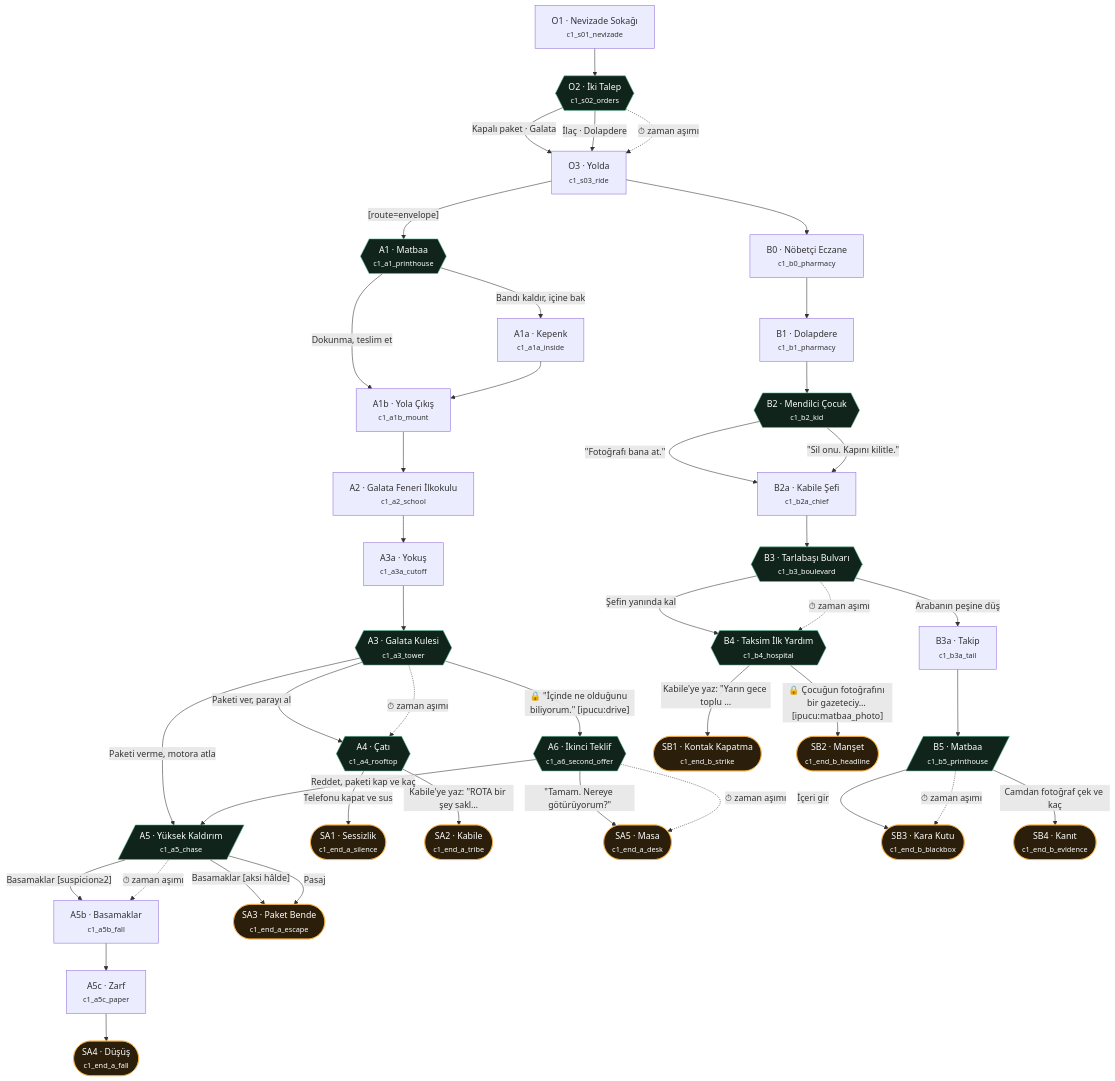
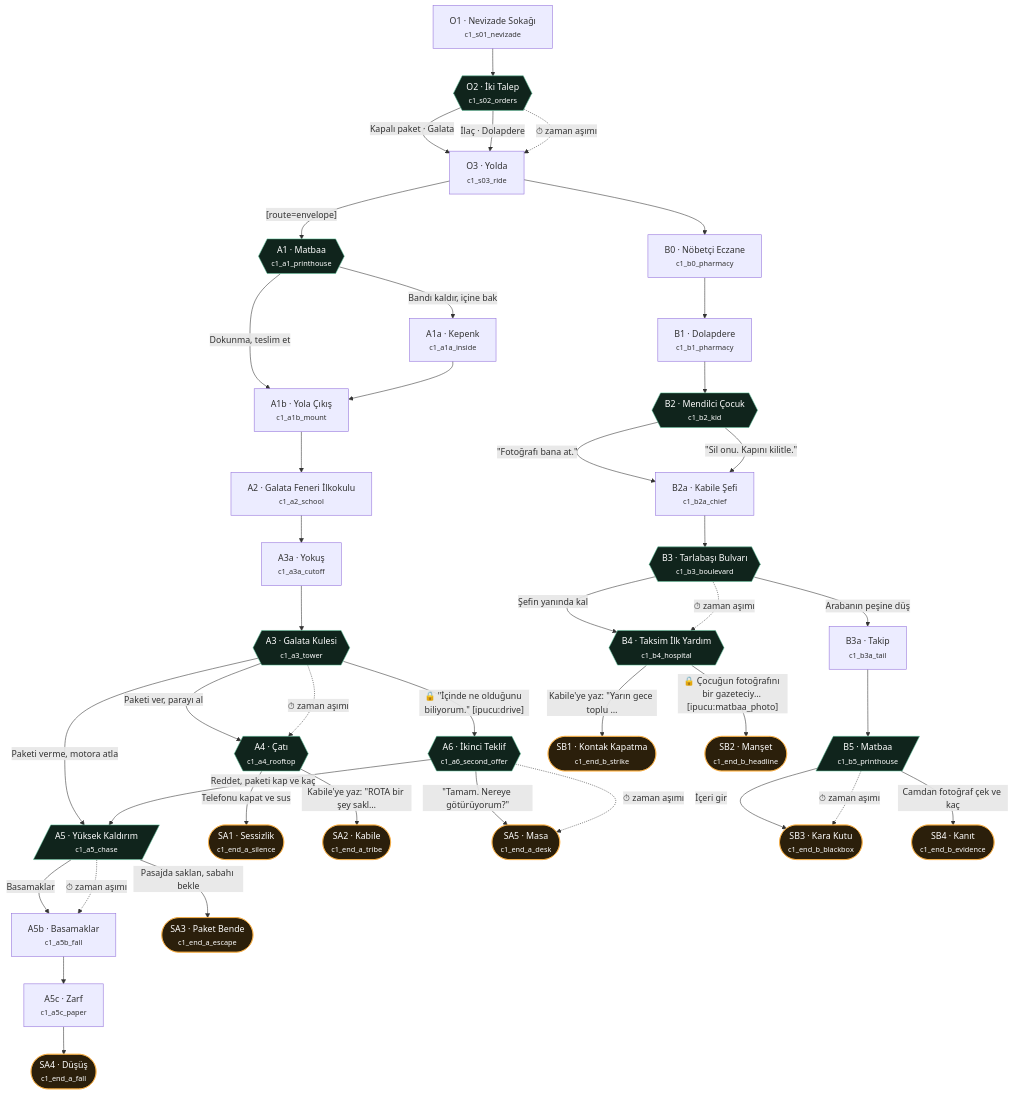
The diagram in docs/story-flow.md (grafikerkafasi/cico), drawn with Mermaid before and after one commit. The commit also changed other lines of this file and 8 other files, not shown here.

Commit message:
Basamaklar her zaman düşüş, pasaj sabaha kadar saklanma; grev metni; özet ve anmada görsel kararır

````diff
--- a/docs/story-flow.md
+++ b/docs/story-flow.md
@@ -66,79 +66,78 @@
 ```mermaid
 flowchart TD
   c1_s01_nevizade["O1 · Nevizade Sokağı<br/><small>c1_s01_nevizade</small>"]
   c1_s02_orders{{"O2 · İki Talep<br/><small>c1_s02_orders</small>"}}
   c1_s03_ride["O3 · Yolda<br/><small>c1_s03_ride</small>"]
   c1_a1_printhouse{{"A1 · Matbaa<br/><small>c1_a1_printhouse</small>"}}
   c1_a1a_inside["A1a · Kepenk<br/><small>c1_a1a_inside</small>"]
   c1_a1b_mount["A1b · Yola Çıkış<br/><small>c1_a1b_mount</small>"]
   c1_a2_school["A2 · Galata Feneri İlkokulu<br/><small>c1_a2_school</small>"]
   c1_a3a_cutoff["A3a · Yokuş<br/><small>c1_a3a_cutoff</small>"]
   c1_a3_tower{{"A3 · Galata Kulesi<br/><small>c1_a3_tower</small>"}}
   c1_a4_rooftop{{"A4 · Çatı<br/><small>c1_a4_rooftop</small>"}}
   c1_a5_chase[/"A5 · Yüksek Kaldırım<br/><small>c1_a5_chase</small>"/]
   c1_a5b_fall["A5b · Basamaklar<br/><small>c1_a5b_fall</small>"]
   c1_a5c_paper["A5c · Zarf<br/><small>c1_a5c_paper</small>"]
   c1_a6_second_offer{{"A6 · İkinci Teklif<br/><small>c1_a6_second_offer</small>"}}
   c1_b0_pharmacy["B0 · Nöbetçi Eczane<br/><small>c1_b0_pharmacy</small>"]
   c1_b1_pharmacy["B1 · Dolapdere<br/><small>c1_b1_pharmacy</small>"]
   c1_b2_kid{{"B2 · Mendilci Çocuk<br/><small>c1_b2_kid</small>"}}
   c1_b2a_chief["B2a · Kabile Şefi<br/><small>c1_b2a_chief</small>"]
   c1_b3_boulevard{{"B3 · Tarlabaşı Bulvarı<br/><small>c1_b3_boulevard</small>"}}
   c1_b3a_tail["B3a · Takip<br/><small>c1_b3a_tail</small>"]
   c1_b4_hospital{{"B4 · Taksim İlk Yardım<br/><small>c1_b4_hospital</small>"}}
   c1_b5_printhouse[/"B5 · Matbaa<br/><small>c1_b5_printhouse</small>"/]
   c1_end_a_silence(["SA1 · Sessizlik<br/><small>c1_end_a_silence</small>"])
   c1_end_a_tribe(["SA2 · Kabile<br/><small>c1_end_a_tribe</small>"])
   c1_end_a_escape(["SA3 · Paket Bende<br/><small>c1_end_a_escape</small>"])
   c1_end_a_fall(["SA4 · Düşüş<br/><small>c1_end_a_fall</small>"])
   c1_end_a_desk(["SA5 · Masa<br/><small>c1_end_a_desk</small>"])
   c1_end_b_strike(["SB1 · Kontak Kapatma<br/><small>c1_end_b_strike</small>"])
   c1_end_b_headline(["SB2 · Manşet<br/><small>c1_end_b_headline</small>"])
   c1_end_b_blackbox(["SB3 · Kara Kutu<br/><small>c1_end_b_blackbox</small>"])
   c1_end_b_evidence(["SB4 · Kanıt<br/><small>c1_end_b_evidence</small>"])
   c1_s01_nevizade --> c1_s02_orders
   c1_s02_orders -->|"Kapalı paket · Galata"| c1_s03_ride
   c1_s02_orders -->|"İlaç · Dolapdere"| c1_s03_ride
   c1_s02_orders -.->|"⏱ zaman aşımı"| c1_s03_ride
   c1_s03_ride -->|" [route=envelope]"| c1_a1_printhouse
   c1_s03_ride --> c1_b0_pharmacy
   c1_a1_printhouse -->|"Bandı kaldır, içine bak"| c1_a1a_inside
   c1_a1_printhouse -->|"Dokunma, teslim et"| c1_a1b_mount
   c1_a1a_inside --> c1_a1b_mount
   c1_a1b_mount --> c1_a2_school
   c1_a2_school --> c1_a3a_cutoff
   c1_a3a_cutoff --> c1_a3_tower
   c1_a3_tower -->|"Paketi ver, parayı al"| c1_a4_rooftop
   c1_a3_tower -->|"Paketi verme, motora atla"| c1_a5_chase
   c1_a3_tower -->|"🔒 #quot;İçinde ne olduğunu biliyorum.#quot; [ipucu:drive]"| c1_a6_second_offer
   c1_a3_tower -.->|"⏱ zaman aşımı"| c1_a4_rooftop
   c1_a4_rooftop -->|"Kabile'ye yaz: #quot;ROTA bir şey sakl…"| c1_end_a_tribe
   c1_a4_rooftop -->|"Telefonu kapat ve sus"| c1_end_a_silence
-  c1_a5_chase -->|"Basamaklar [suspicion≥2]"| c1_a5b_fall
-  c1_a5_chase -->|"Basamaklar [aksi hâlde]"| c1_end_a_escape
-  c1_a5_chase -->|"Pasaj"| c1_end_a_escape
+  c1_a5_chase -->|"Basamaklar"| c1_a5b_fall
+  c1_a5_chase -->|"Pasajda saklan, sabahı bekle"| c1_end_a_escape
   c1_a5_chase -.->|"⏱ zaman aşımı"| c1_a5b_fall
   c1_a5b_fall --> c1_a5c_paper
   c1_a5c_paper --> c1_end_a_fall
   c1_a6_second_offer -->|"#quot;Tamam. Nereye götürüyorum?#quot;"| c1_end_a_desk
   c1_a6_second_offer -->|"Reddet, paketi kap ve kaç"| c1_a5_chase
   c1_a6_second_offer -.->|"⏱ zaman aşımı"| c1_end_a_desk
   c1_b0_pharmacy --> c1_b1_pharmacy
   c1_b1_pharmacy --> c1_b2_kid
   c1_b2_kid -->|"#quot;Fotoğrafı bana at.#quot;"| c1_b2a_chief
   c1_b2_kid -->|"#quot;Sil onu. Kapını kilitle.#quot;"| c1_b2a_chief
   c1_b2a_chief --> c1_b3_boulevard
   c1_b3_boulevard -->|"Şefin yanında kal"| c1_b4_hospital
   c1_b3_boulevard -->|"Arabanın peşine düş"| c1_b3a_tail
   c1_b3_boulevard -.->|"⏱ zaman aşımı"| c1_b4_hospital
   c1_b3a_tail --> c1_b5_printhouse
   c1_b4_hospital -->|"Kabile'ye yaz: #quot;Yarın gece toplu …"| c1_end_b_strike
   c1_b4_hospital -->|"🔒 Çocuğun fotoğrafını bir gazeteciy… [ipucu:matbaa_photo]"| c1_end_b_headline
   c1_b5_printhouse -->|"İçeri gir"| c1_end_b_blackbox
   c1_b5_printhouse -->|"Camdan fotoğraf çek ve kaç"| c1_end_b_evidence
   c1_b5_printhouse -.->|"⏱ zaman aşımı"| c1_end_b_blackbox
   classDef ending fill:#2b1f0b,stroke:#ffb547,color:#fff;
   classDef choice fill:#10241c,stroke:#5fc29a,color:#fff;
   class c1_end_a_silence,c1_end_a_tribe,c1_end_a_escape,c1_end_a_fall,c1_end_a_desk,c1_end_b_strike,c1_end_b_headline,c1_end_b_blackbox,c1_end_b_evidence ending;
   class c1_s02_orders,c1_a1_printhouse,c1_a3_tower,c1_a4_rooftop,c1_a5_chase,c1_a6_second_offer,c1_b2_kid,c1_b3_boulevard,c1_b4_hospital,c1_b5_printhouse choice;
 ```
````
